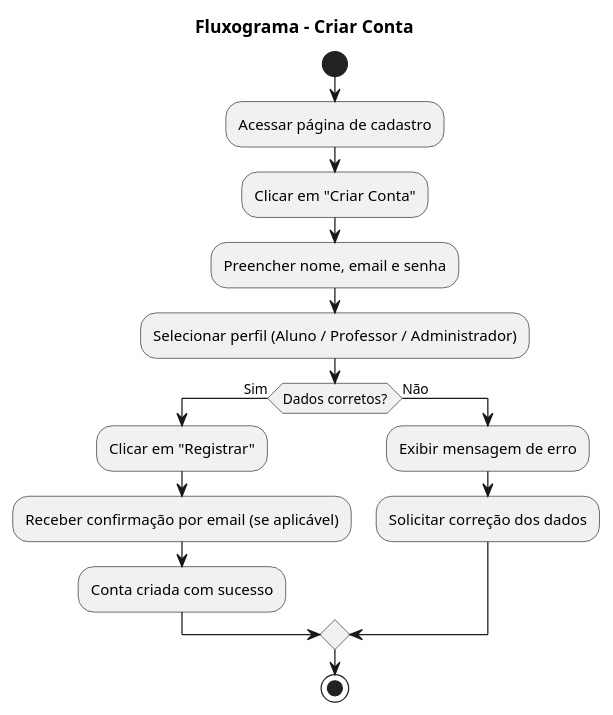
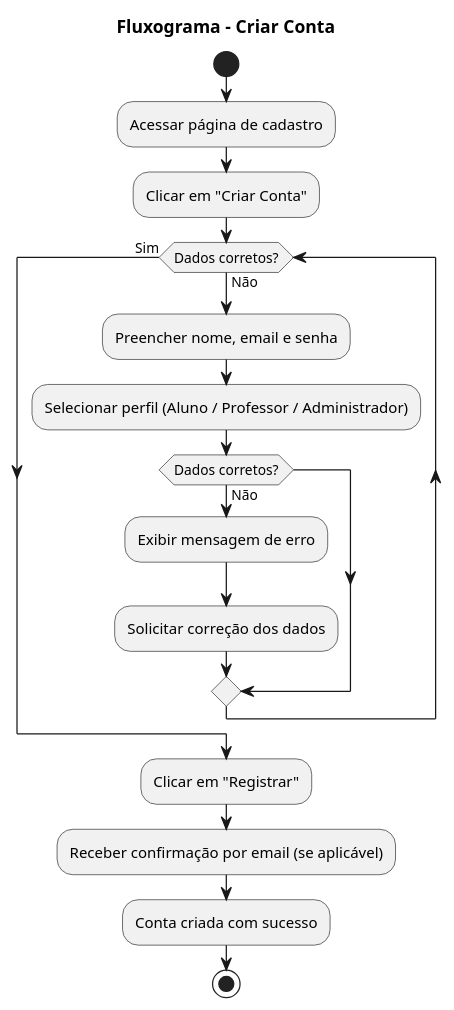
The first of 4 diagrams in docs/_Design Thinking/Análise de Tarefas.md (Projetos-de-Extensao/PFE_25.2_8002_III), drawn with PlantUML before and after one commit. The commit also changed other lines of this file and 3 other files, not shown here.

Commit message:
Correção dos diagramas PlantUML na pasta 'design thinking'

````diff
--- a/docs/_Design Thinking/Análise de Tarefas.md
+++ b/docs/_Design Thinking/Análise de Tarefas.md
@@ -64,22 +64,24 @@
 ```puml
 @startuml
 title Fluxograma - Criar Conta
 
 start
 :Acessar página de cadastro;
 :Clicar em "Criar Conta";
-:Preencher nome, email e senha;
-:Selecionar perfil (Aluno / Professor / Administrador);
 
-if (Dados corretos?) then (Sim)
-  :Clicar em "Registrar";
-  :Receber confirmação por email (se aplicável);
-  :Conta criada com sucesso;
-else (Não)
-  :Exibir mensagem de erro;
-  :Solicitar correção dos dados;
-endif
+while (Dados corretos?) is (Não)
+  :Preencher nome, email e senha;
+  :Selecionar perfil (Aluno / Professor / Administrador);
+  if (Dados corretos?) then (Não)
+    :Exibir mensagem de erro;
+    :Solicitar correção dos dados;
+  endif
+endwhile (Sim)
+
+:Clicar em "Registrar";
+:Receber confirmação por email (se aplicável);
+:Conta criada com sucesso;
 
 stop
 @enduml
 ```
````
